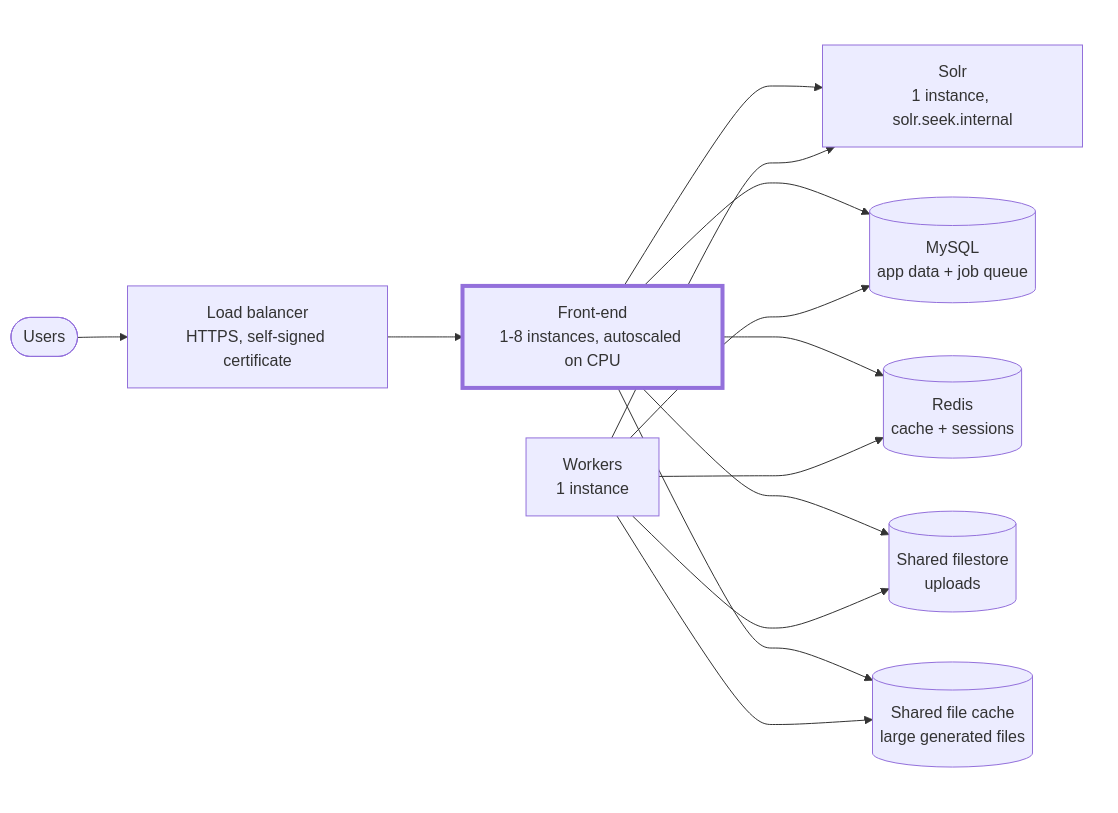
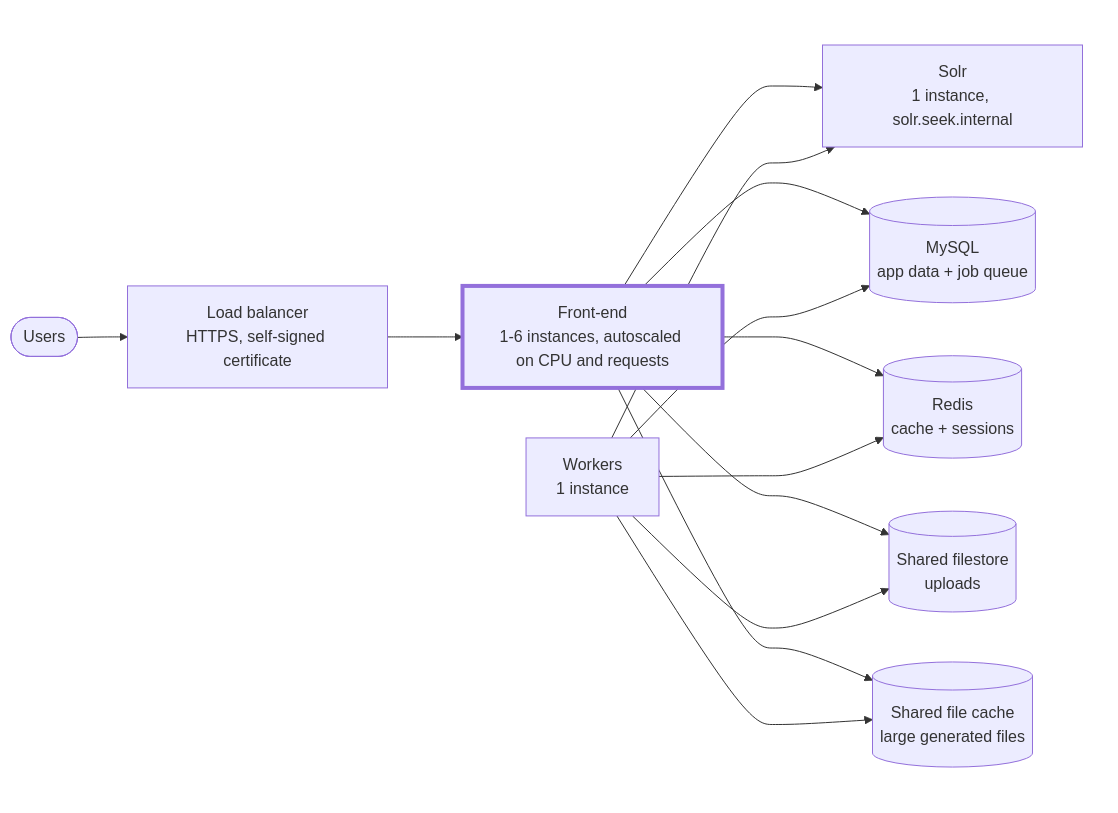
Before and after one commit to seek4science/seek: the first of 4 diagrams in docs/pulumi-architecture.md, drawn with Mermaid. The commit also changed other lines of this file and 3 other files, not shown here.

````diff
--- a/docs/pulumi-architecture.md
+++ b/docs/pulumi-architecture.md
@@ -24,27 +24,27 @@
 ```mermaid
 flowchart LR
     users(["Users"])
     alb["Load balancer<br/>HTTPS, self-signed certificate"]
 
     subgraph app[" "]
-        web["Front-end<br/>1-8 instances, autoscaled on CPU"]
+        web["Front-end<br/>1-6 instances, autoscaled on CPU and requests"]
         workers["Workers<br/>1 instance"]
     end
 
     subgraph backing[" "]
         solr["Solr<br/>1 instance, solr.seek.internal"]
         db[("MySQL<br/>app data + job queue")]
         redis[("Redis<br/>cache + sessions")]
         files[("Shared filestore<br/>uploads")]
         cache[("Shared file cache<br/>large generated files")]
     end
 
     users --> alb --> web
     web & workers --> solr & db & redis & files & cache
 
     classDef multi stroke-width:4px
     classDef planned stroke-dasharray:5 5,color:#777
     classDef bare fill:none,stroke:none
     class web multi
     class app,backing bare
 ```
````
